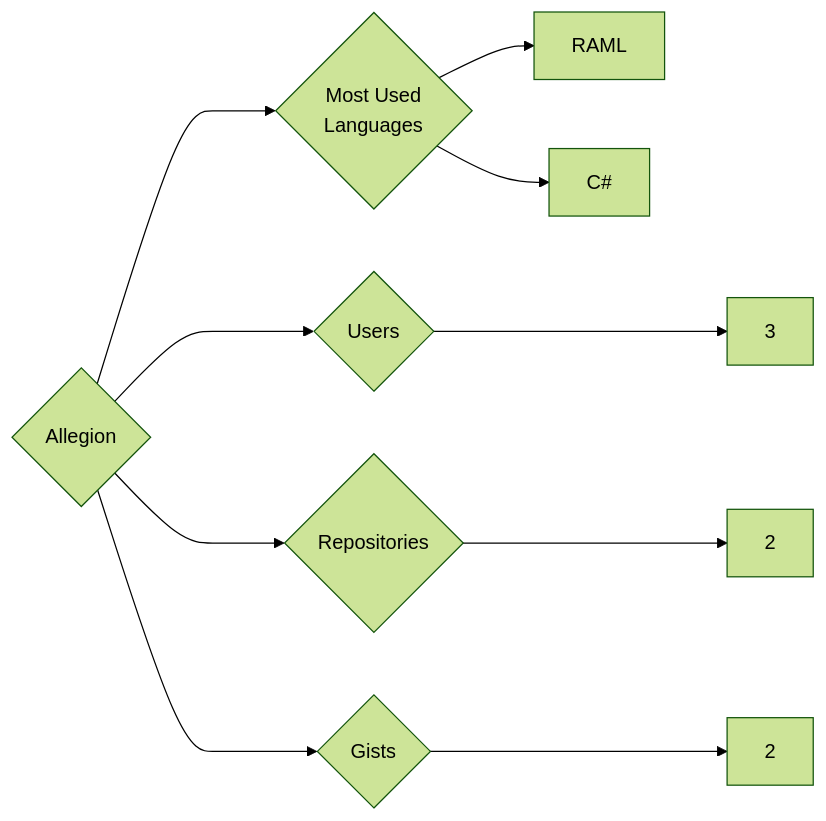
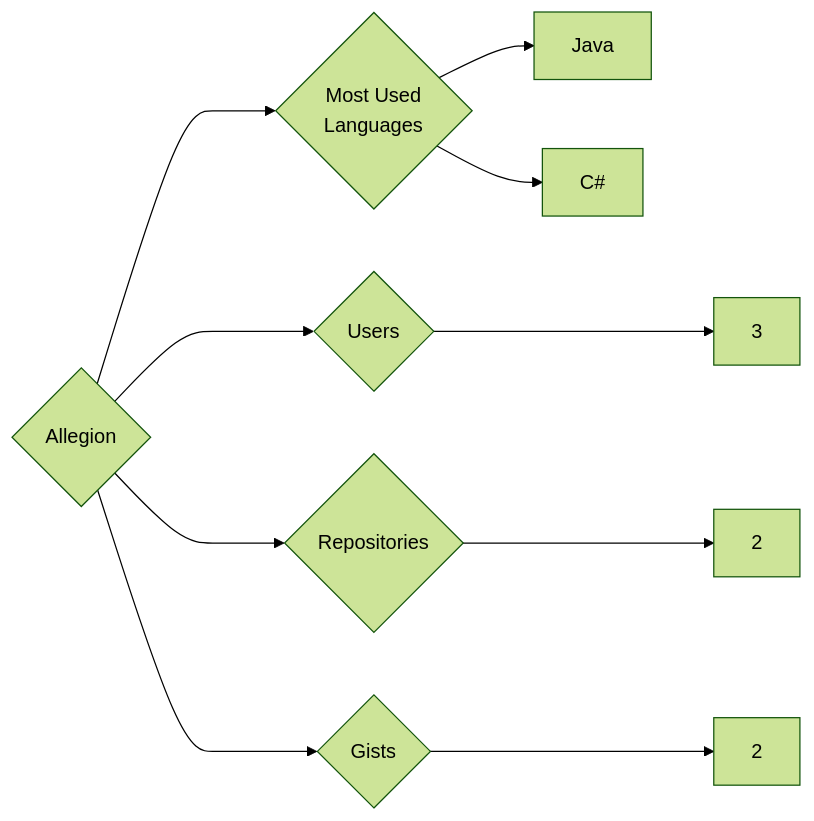
The diagram in targets/Allegion/README.md (trickest/insiders), drawn with Mermaid (forest theme) before and after one commit. The commit also changed 985 other files, not shown here.

````diff
--- a/targets/Allegion/README.md
+++ b/targets/Allegion/README.md
@@ -3,10 +3,10 @@
 ```mermaid
 graph LR
 COMPANY_NAME{Allegion}
 COMPANY_NAME ---> U{Users} ---> UN[3]
 COMPANY_NAME ---> R{Repositories} ---> RN[2]
 COMPANY_NAME ---> G{Gists} ---> GN[2]
 COMPANY_NAME ---> ML{Most Used<br>Languages}
-ML --> RAML[RAML]
+ML --> Java[Java]
 ML --> C#[C#]
 ```
````
